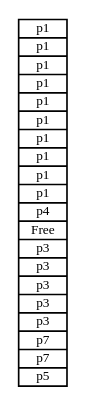
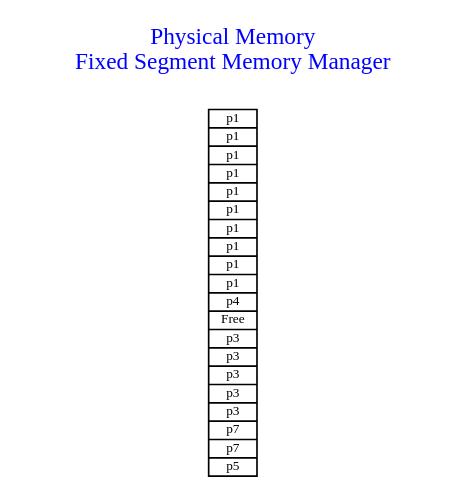
Before and after one commit to pitosalas/public-131-samples: the diagram in memsim/Digraph.gv, drawn with Graphviz. The commit also changed 2 other files, not shown here.

```diff
--- a/memsim/Digraph.gv
+++ b/memsim/Digraph.gv
@@ -1,7 +1,7 @@
 // Memsim
 digraph {
-	graph [rankdir=RL ranksep=1.5]
+	graph [rankdir=RL ranksep=1.5, label="Physical Memory\nFixed Segment Memory Manager\n\n", labelloc="t", labeljust="c", fontsize=14, fontcolor="blue"]
 	node [fontsize=8 height=0.2 margin="0.02 0.02" shape=record width=0.4]
 	edge [arrowsize=0.4]
 	physmem [label="p1|p1|p1|p1|p1|p1|p1|p1|p1|p1|p4|Free|p3|p3|p3|p3|p3|p7|p7|p5"]
 }
```
